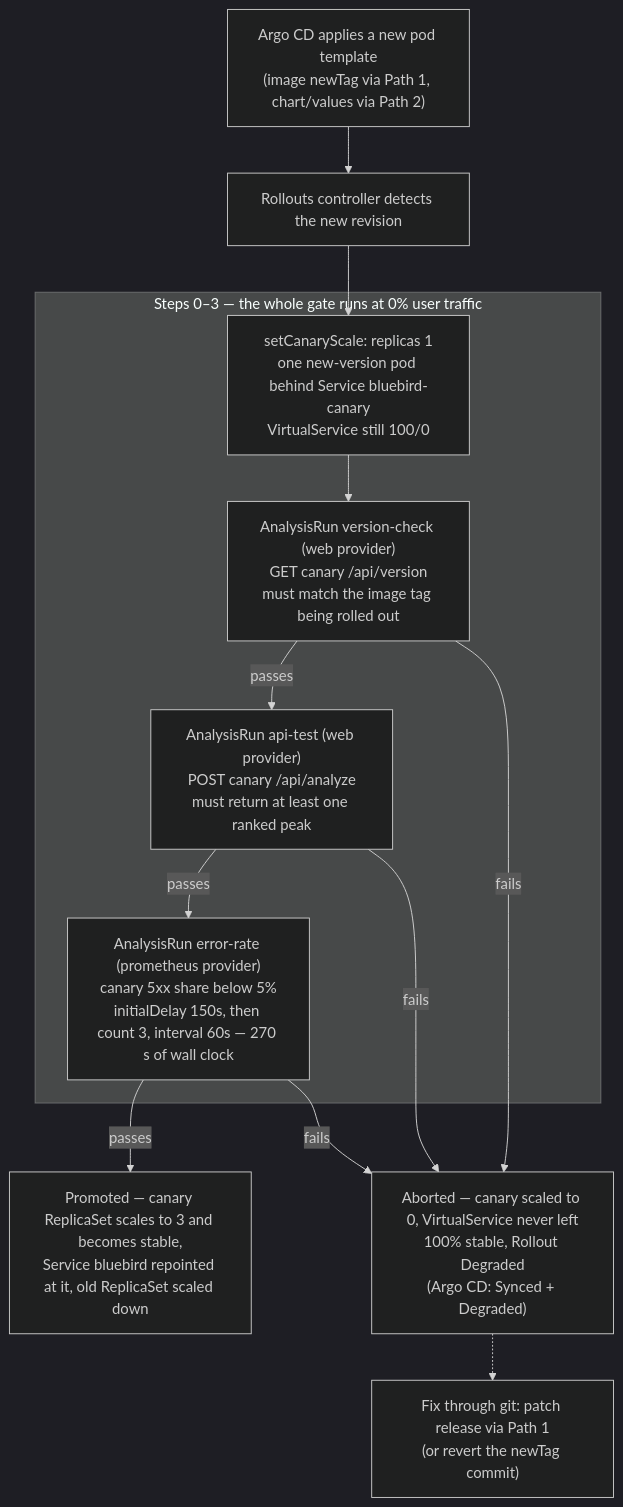
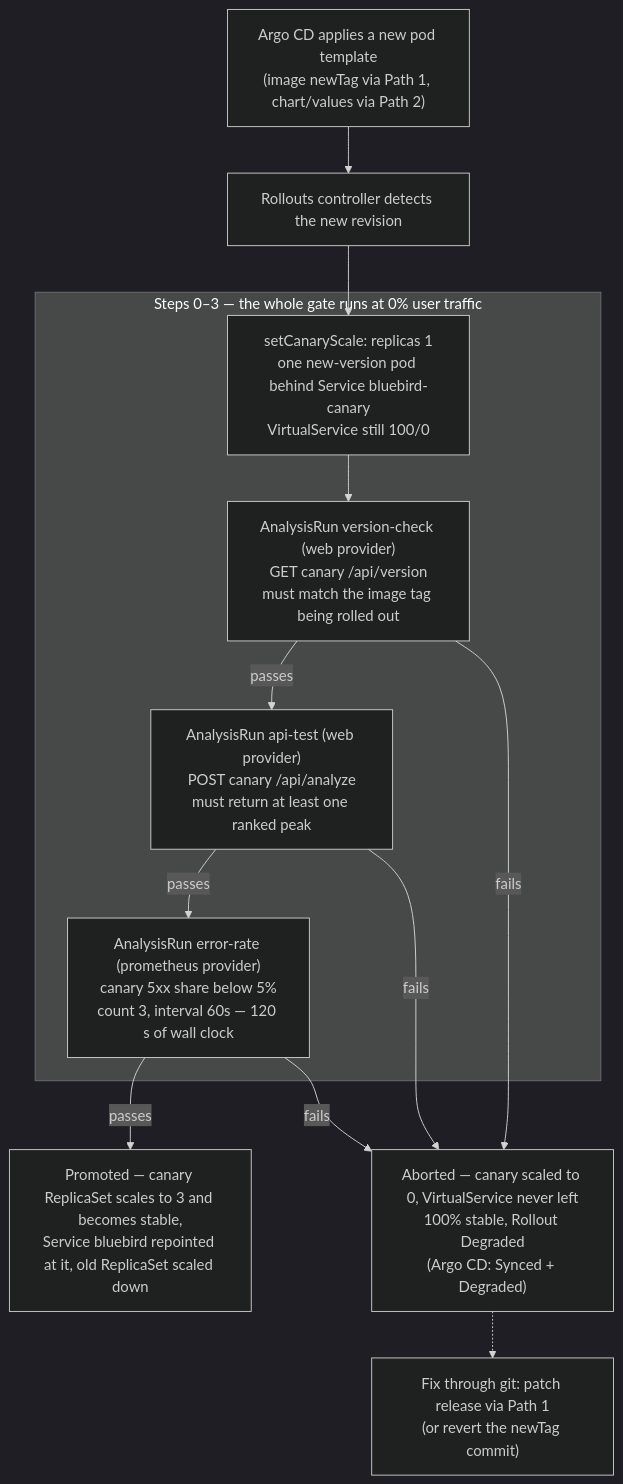
Before and after one commit to zimmertr/bluebird: the third of 6 diagrams in docs/CICD.md, drawn with Mermaid (dark theme). The commit also changed other lines of this file, not shown here.

Commit message:
docs: describe the two-5xx rule instead of the delay

````diff
--- a/docs/CICD.md
+++ b/docs/CICD.md
@@ -357,25 +357,25 @@
 ```mermaid
 flowchart TD
     apply["Argo CD applies a new pod template<br/>(image newTag via Path 1, chart/values via Path 2)"]
     detect["Rollouts controller detects the new revision"]
 
     subgraph GATE["Steps 0–3 — the whole gate runs at 0% user traffic"]
         scale["setCanaryScale: replicas 1<br/>one new-version pod behind Service bluebird-canary<br/>VirtualService still 100/0"]
         vc["AnalysisRun version-check (web provider)<br/>GET canary /api/version<br/>must match the image tag being rolled out"]
         at["AnalysisRun api-test (web provider)<br/>POST canary /api/analyze<br/>must return at least one ranked peak"]
-        er["AnalysisRun error-rate (prometheus provider)<br/>canary 5xx share below 5%<br/>initialDelay 150s, then count 3, interval 60s — 270 s of wall clock"]
+        er["AnalysisRun error-rate (prometheus provider)<br/>canary 5xx share below 5%<br/>count 3, interval 60s — 120 s of wall clock"]
     end
 
     done["Promoted — canary ReplicaSet scales to 3 and becomes stable,<br/>Service bluebird repointed at it, old ReplicaSet scaled down"]
     abort["Aborted — canary scaled to 0, VirtualService never left<br/>100% stable, Rollout Degraded<br/>(Argo CD: Synced + Degraded)"]
     fix["Fix through git: patch release via Path 1<br/>(or revert the newTag commit)"]
 
     apply --> detect --> scale --> vc
     vc -->|"passes"| at
     at -->|"passes"| er
     er -->|"passes"| done
     vc -->|"fails"| abort
     at -->|"fails"| abort
     er -->|"fails"| abort
     abort -.-> fix
 ```
````
